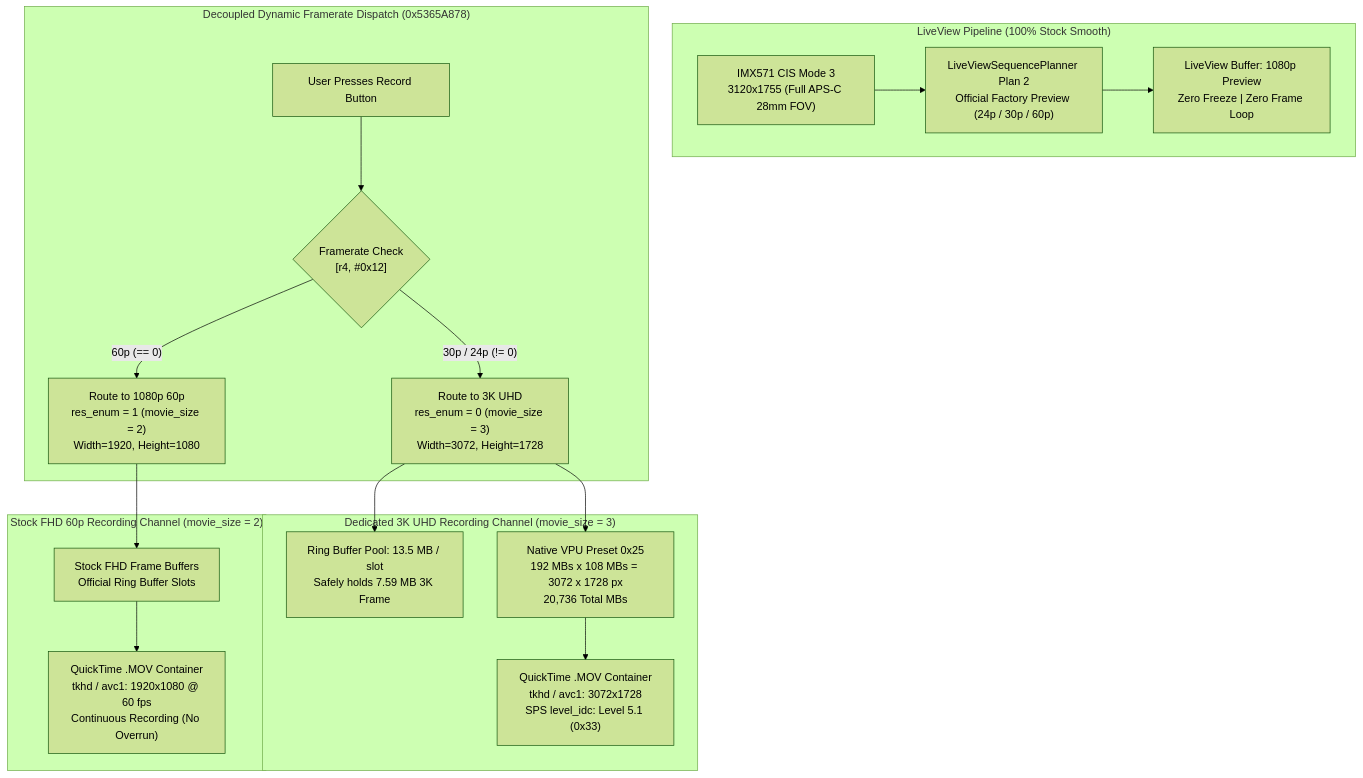
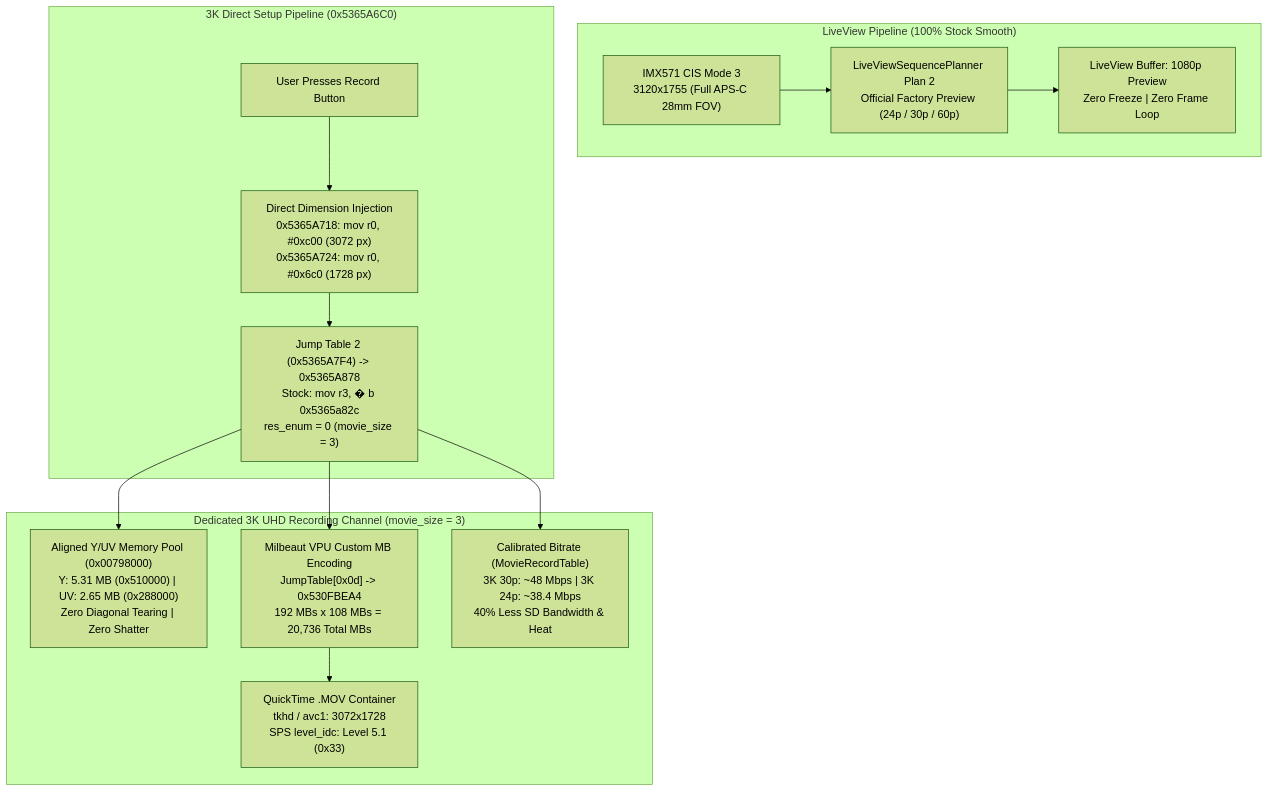
One commit to cqkking/ricoh-gr4-4k-mod changed the diagram in README.md. Above: the diagram before and after it, drawn with Mermaid (forest theme). The commit also changed other lines of this file and 5 other files, not shown here.

Commit message:
fix(video_4k): v1.5.4 restore proven continuous 3K pipeline with zero-shatter alignment and fix record freeze

````diff
--- a/README.md
+++ b/README.md
@@ -44,33 +42,27 @@
 ```mermaid
 flowchart TD
     subgraph LiveView ["LiveView Pipeline (100% Stock Smooth)"]
         CIS3["IMX571 CIS Mode 3<br/>3120x1755 (Full APS-C 28mm FOV)"]
         Plan2["LiveViewSequencePlanner Plan 2<br/>Official Factory Preview (24p / 30p / 60p)"]
         LVBuf["LiveView Buffer: 1080p Preview<br/>Zero Freeze | Zero Frame Loop"]
         CIS3 --> Plan2 --> LVBuf
     end
 
-    subgraph MovieSetup ["Decoupled Dynamic Framerate Dispatch (0x5365A878)"]
+    subgraph MovieSetup ["3K Direct Setup Pipeline (0x5365A6C0)"]
         Trigger["User Presses Record Button"]
-        CheckFPS{"Framerate Check<br/>[r4, #0x12]"}
-        Trigger --> CheckFPS
-        CheckFPS -- "60p (== 0)" --> FHDRoute["Route to 1080p 60p<br/>res_enum = 1 (movie_size = 2)<br/>Width=1920, Height=1080"]
-        CheckFPS -- "30p / 24p (!= 0)" --> UHDRoute["Route to 3K UHD<br/>res_enum = 0 (movie_size = 3)<br/>Width=3072, Height=1728"]
+        DirectInj["Direct Dimension Injection<br/>0x5365A718: mov r0, #0xc00 (3072 px)<br/>0x5365A724: mov r0, #0x6c0 (1728 px)"]
+        Route0["Jump Table 2 (0x5365A7F4) -> 0x5365A878<br/>Stock: mov r3, #0; b 0x5365a82c<br/>res_enum = 0 (movie_size = 3)"]
+        Trigger --> DirectInj --> Route0
     end
 
     subgraph DedicatedVPU ["Dedicated 3K UHD Recording Channel (movie_size = 3)"]
-        MemPool["Ring Buffer Pool: 13.5 MB / slot<br/>Safely holds 7.59 MB 3K Frame"]
-        VPUPreset["Native VPU Preset 0x25<br/>192 MBs x 108 MBs = 3072 x 1728 px<br/>20,736 Total MBs"]
+        MemPool["Aligned Y/UV Memory Pool (0x00798000)<br/>Y: 5.31 MB (0x510000) | UV: 2.65 MB (0x288000)<br/>Zero Diagonal Tearing | Zero Shatter"]
+        VPUHandler["Milbeaut VPU Custom MB Encoding<br/>JumpTable[0x0d] -> 0x530FBEA4<br/>192 MBs x 108 MBs = 20,736 Total MBs"]
+        RateControl["Calibrated Bitrate (MovieRecordTable)<br/>3K 30p: ~48 Mbps | 3K 24p: ~38.4 Mbps<br/>40% Less SD Bandwidth & Heat"]
         MOVStream["QuickTime .MOV Container<br/>tkhd / avc1: 3072x1728<br/>SPS level_idc: Level 5.1 (0x33)"]
-        UHDRoute --> MemPool
-        UHDRoute --> VPUPreset
-        VPUPreset --> MOVStream
-    end
-
-    subgraph StockFHD ["Stock FHD 60p Recording Channel (movie_size = 2)"]
-        FHDMemPool["Stock FHD Frame Buffers<br/>Official Ring Buffer Slots"]
-        FHDStream["QuickTime .MOV Container<br/>tkhd / avc1: 1920x1080 @ 60 fps<br/>Continuous Recording (No Overrun)"]
-        FHDRoute --> FHDMemPool
-        FHDMemPool --> FHDStream
+        Route0 --> MemPool
+        Route0 --> VPUHandler
+        Route0 --> RateControl
+        VPUHandler --> MOVStream
     end
 ```
````
